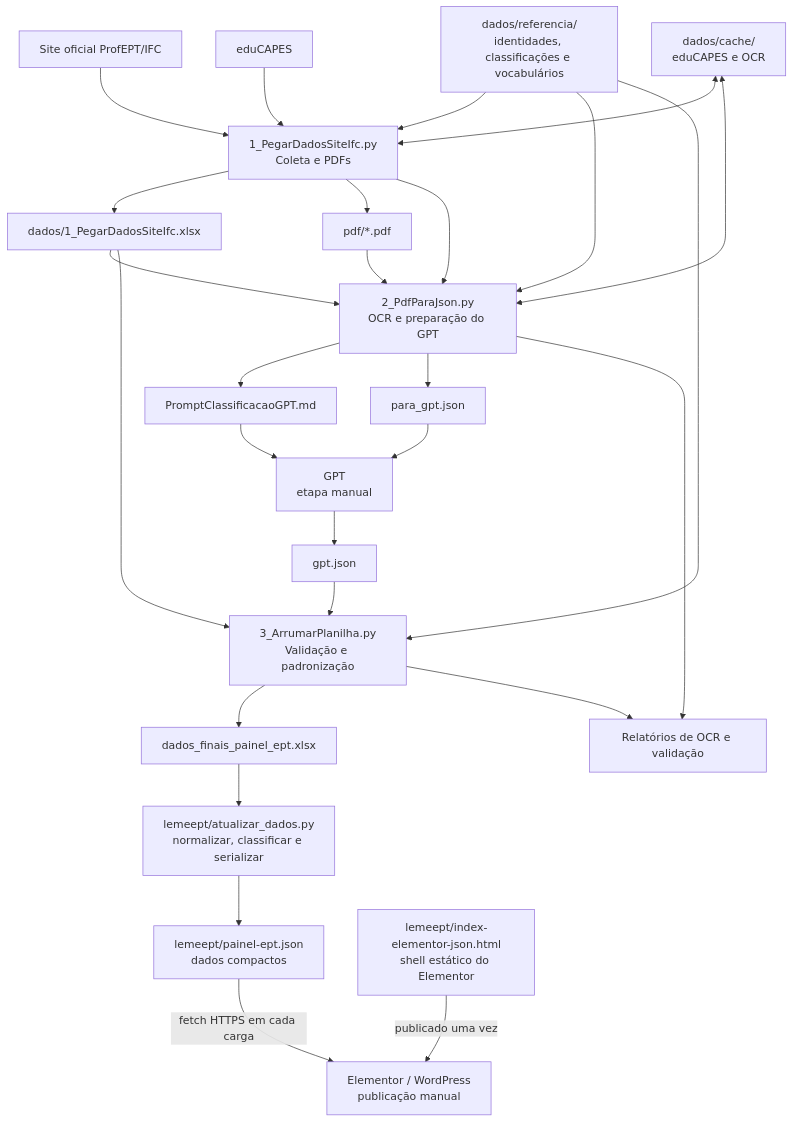
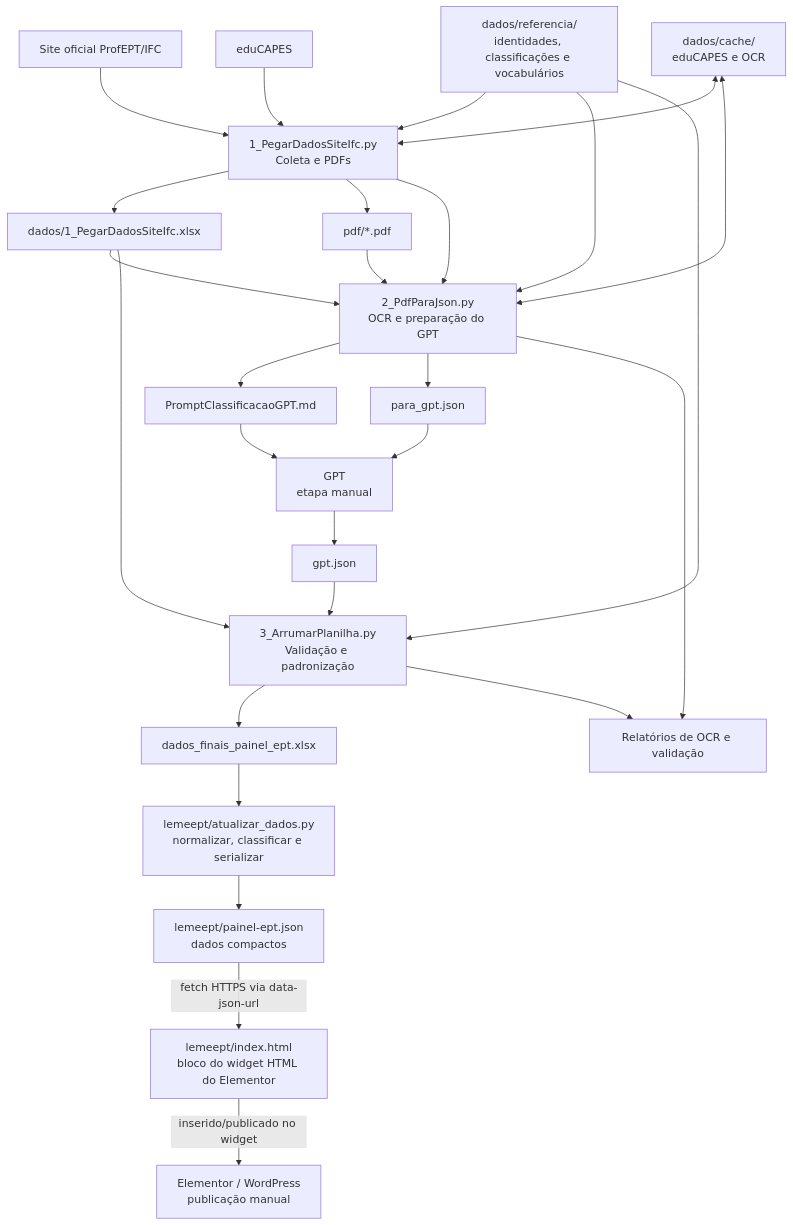
Before and after one commit to regi-lpf/lemeept: the fourth of 11 diagrams in DIAGRAMAS.md, drawn with Mermaid. The commit also changed other lines of this file and 11 other files, not shown here.

````diff
--- a/DIAGRAMAS.md
+++ b/DIAGRAMAS.md
@@ -9,49 +110,49 @@
 ```mermaid
 flowchart TD
     SITE["Site oficial ProfEPT/IFC"]
     EDU["eduCAPES"]
     E1["1_PegarDadosSiteIfc.py<br/>Coleta e PDFs"]
     REF["dados/referencia/<br/>identidades, classificações e vocabulários"]
     XLS1["dados/1_PegarDadosSiteIfc.xlsx"]
     PDF["pdf/*.pdf"]
     E2["2_PdfParaJson.py<br/>OCR e preparação do GPT"]
     CACHE["dados/cache/<br/>eduCAPES e OCR"]
     PROMPT["PromptClassificacaoGPT.md"]
     JSONIN["para_gpt.json"]
     GPT["GPT<br/>etapa manual"]
     JSONOUT["gpt.json"]
     E3["3_ArrumarPlanilha.py<br/>Validação e padronização"]
     XLS2["dados_finais_painel_ept.xlsx"]
     REL["Relatórios de OCR e validação"]
     PIPE["lemeept/atualizar_dados.py<br/>normalizar, classificar e serializar"]
     JSONP["lemeept/painel-ept.json<br/>dados compactos"]
-    HTML["lemeept/index-elementor-json.html<br/>shell estático do Elementor"]
+    HTML["lemeept/index.html<br/>bloco do widget HTML do Elementor"]
     WP["Elementor / WordPress<br/>publicação manual"]
 
     SITE --> E1
     EDU --> E1
     REF --> E1
     E1 --> XLS1
     E1 --> PDF
     E1 --> E2
     XLS1 --> E2
     PDF --> E2
     REF --> E2
     CACHE <--> E1
     CACHE <--> E2
     E2 --> PROMPT
     E2 --> JSONIN
     E2 --> REL
     PROMPT --> GPT
     JSONIN --> GPT
     GPT --> JSONOUT
     JSONOUT --> E3
     XLS1 --> E3
     REF --> E3
     E3 --> XLS2
     E3 --> REL
     XLS2 --> PIPE
     PIPE --> JSONP
-    HTML -->|publicado uma vez| WP
-    JSONP -->|fetch HTTPS em cada carga| WP
+    HTML -->|inserido/publicado no widget| WP
+    JSONP -->|fetch HTTPS via data-json-url| HTML
 ```
````
